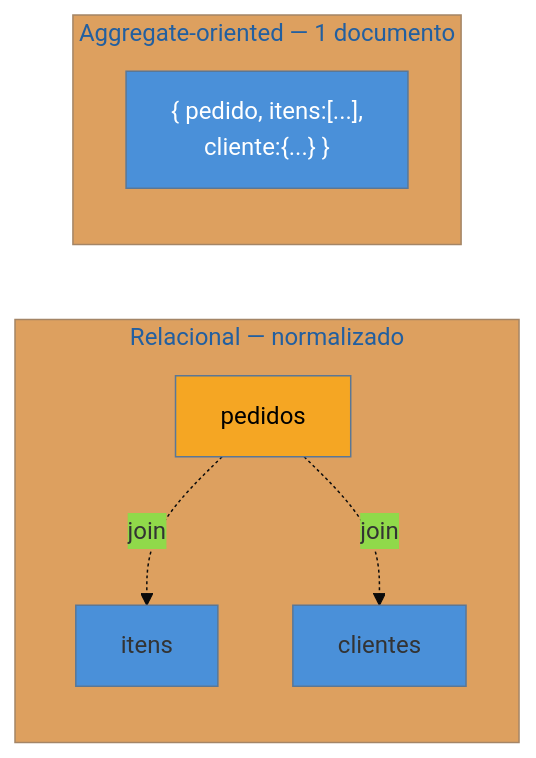
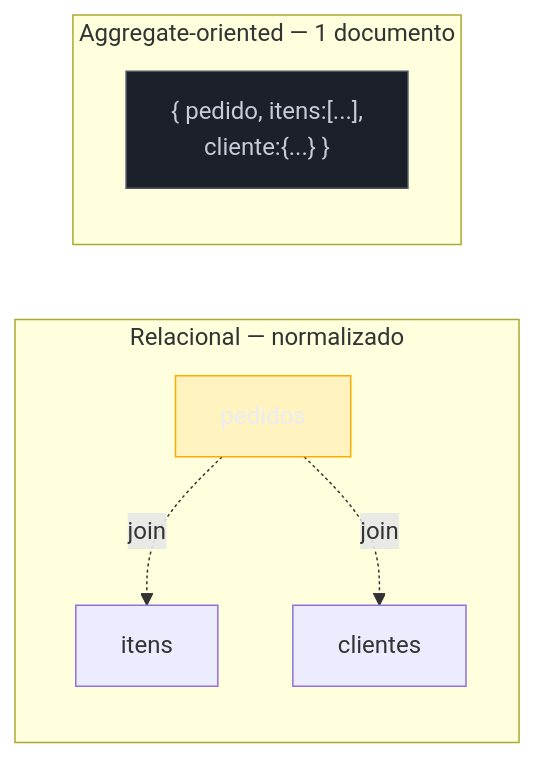
The diagram in 03-Dominios/Engenharia/Design de Software/Padrões de Projeto/Acesso a Dados/14 - Modelagem por agregado e single-table design.md (josenaldo/codex-technomanticus), drawn with Mermaid before and after one commit. The commit also changed 1181 other files, not shown here.

First line of the commit message:
fix(diagramas): paleta do sistema no lugar de cor cravada no markdown

````diff
--- a/03-Dominios/Engenharia/Design de Software/Padrões de Projeto/Acesso a Dados/14 - Modelagem por agregado e single-table design.md
+++ b/03-Dominios/Engenharia/Design de Software/Padrões de Projeto/Acesso a Dados/14 - Modelagem por agregado e single-table design.md
@@ -38,14 +38,15 @@
 ```mermaid
-%%{init: {"theme": "base", "themeVariables": {"primaryColor": "#4A90D9"}}}%%
 graph LR
+    classDef neutro fill:#1B2029,stroke:#4E5666,color:#C6CCD8
+    classDef destaque fill:#FFAA0024,stroke:#FFAA00,color:#E9ECF2
     subgraph REL["Relacional — normalizado"]
         P1["pedidos"] -.join.-> I1["itens"]
         P1 -.join.-> C1["clientes"]
     end
     subgraph AGG["Aggregate-oriented — 1 documento"]
         D["{ pedido, itens:[...],<br/>cliente:{...} }"]
     end
 
-    style D fill:#4A90D9,color:#fff
-    style P1 fill:#F5A623,color:#000
+    class D neutro
+    class P1 destaque
 ```
````
